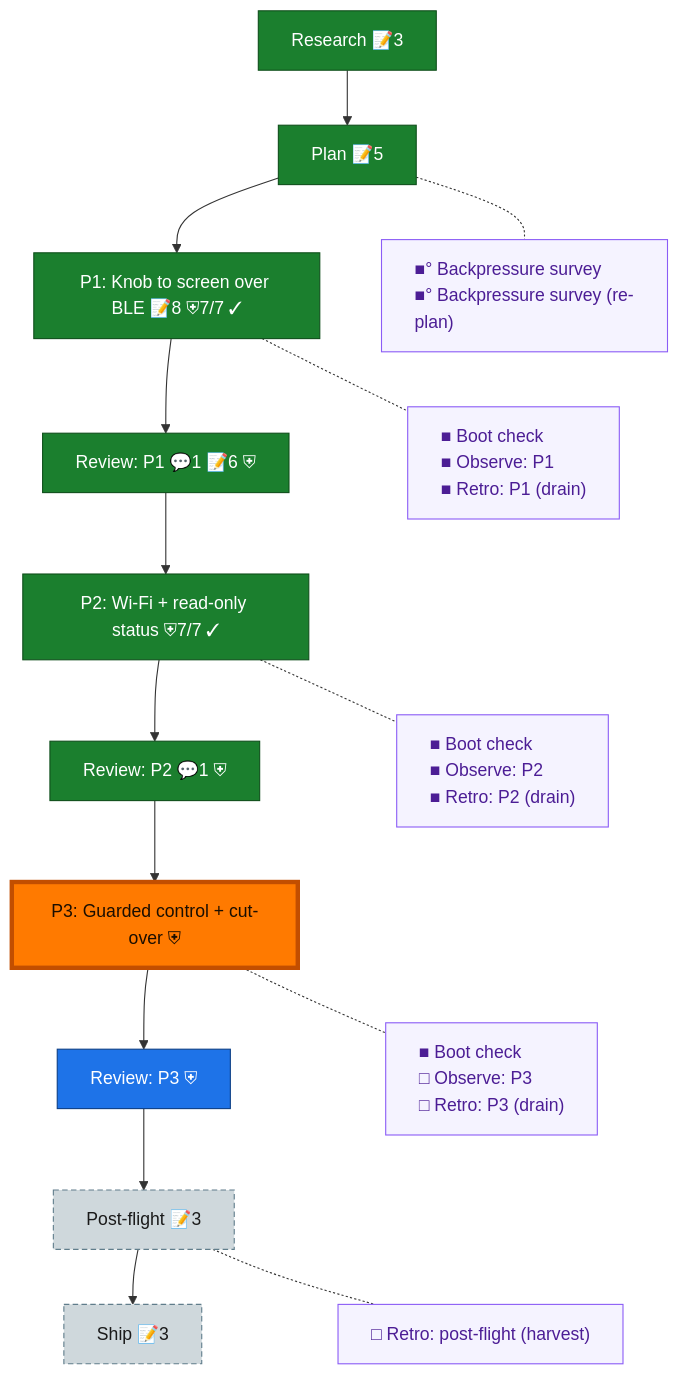
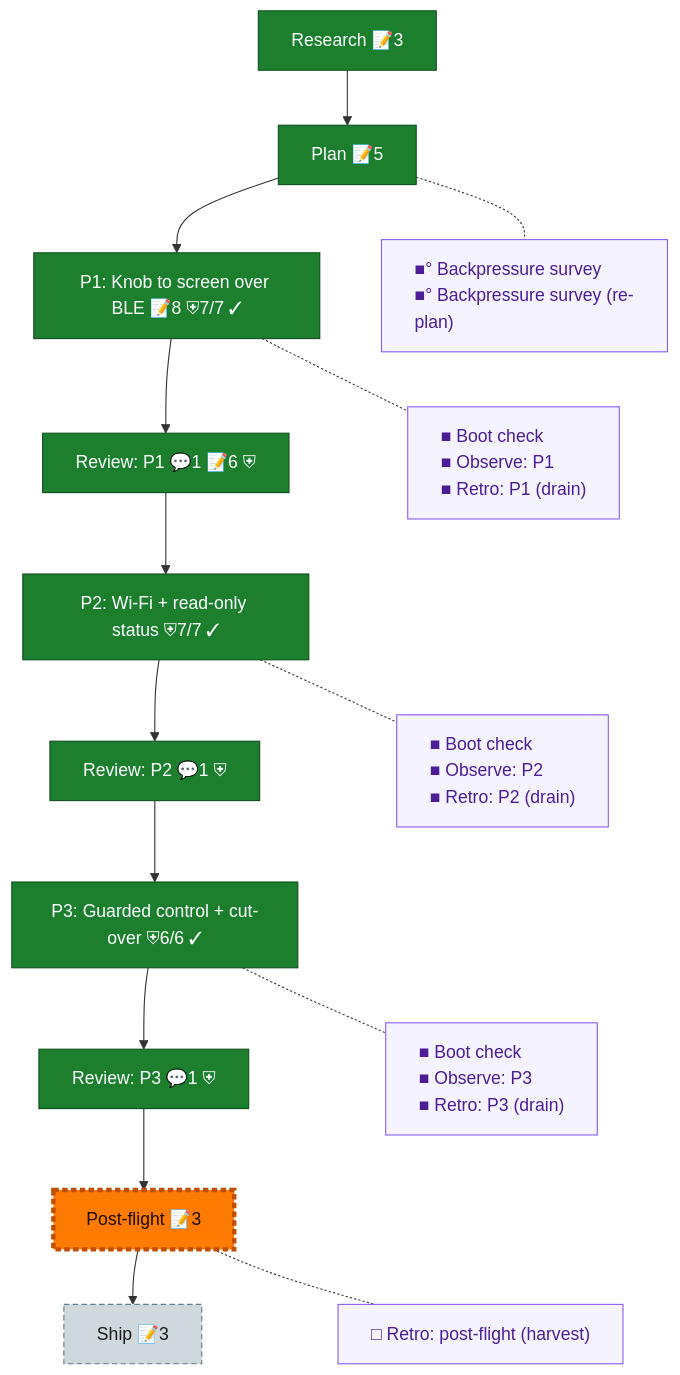
The diagram in docs/plans/002-esp32-bridge/the-flow.md (vaughanknight/bluos-knob), drawn with Mermaid before and after one commit. The commit also changed other lines of this file and 3 other files, not shown here.

````diff
--- a/docs/plans/002-esp32-bridge/the-flow.md
+++ b/docs/plans/002-esp32-bridge/the-flow.md
@@ -8,39 +8,37 @@
 ```mermaid
 flowchart TD
     research["Research 📝3"]:::done
     plan["Plan 📝5"]:::done
     phase_1["P1: Knob to screen over BLE 📝8 ⛨7/7 ✓"]:::done
     review_1["Review: P1 💬1 📝6 ⛨"]:::done
     phase_2["P2: Wi-Fi + read-only status ⛨7/7 ✓"]:::done
     review_2["Review: P2 💬1 ⛨"]:::done
-    phase_3["P3: Guarded control + cut-over ⛨"]:::wip
-    review_3["Review: P3 ⛨"]:::known
+    phase_3["P3: Guarded control + cut-over ⛨6/6 ✓"]:::done
+    review_3["Review: P3 💬1 ⛨"]:::done
     post_flight["Post-flight 📝3"]:::assumed
     ship["Ship 📝3"]:::assumed
 
     research --> plan --> phase_1 --> review_1 --> phase_2 --> review_2 --> phase_3 --> review_3 --> post_flight --> ship
 
     planC["■° Backpressure survey<br/>■° Backpressure survey (re-plan)"]:::chore
     phase_1C["■ Boot check<br/>■ Observe: P1<br/>■ Retro: P1 (drain)"]:::chore
     phase_2C["■ Boot check<br/>■ Observe: P2<br/>■ Retro: P2 (drain)"]:::chore
-    phase_3C["■ Boot check<br/>□ Observe: P3<br/>□ Retro: P3 (drain)"]:::chore
+    phase_3C["■ Boot check<br/>■ Observe: P3<br/>■ Retro: P3 (drain)"]:::chore
     post_flightC["□ Retro: post-flight (harvest)"]:::chore
 
     %% invisible chain holds the gutter boxes in their own column
     planC ~~~ phase_1C ~~~ phase_2C ~~~ phase_3C ~~~ post_flightC
 
     %% dotted links pull each gutter box beside its node
     plan -.- planC
     phase_1 -.- phase_1C
     phase_2 -.- phase_2C
     phase_3 -.- phase_3C
     post_flight -.- post_flightC
 
     classDef done fill:#1B7F2E,stroke:#0F4F1B,color:#fff;
-    classDef wip fill:#43C04A,stroke:#1B7F2E,color:#04210A;
-    classDef known fill:#1E73E8,stroke:#0D3F86,color:#fff;
     classDef assumed fill:#CFD8DC,stroke:#607D8B,color:#1a1a1a,stroke-dasharray:5 3;
     classDef chore fill:#f5f3ff,stroke:#8b5cf6,color:#4c1d95,text-align:left;
     classDef current fill:#FF7A00,stroke:#C24E00,color:#1a0e00,stroke-width:4px;
-    class phase_3 current;
+    class post_flight current;
 ```
````
